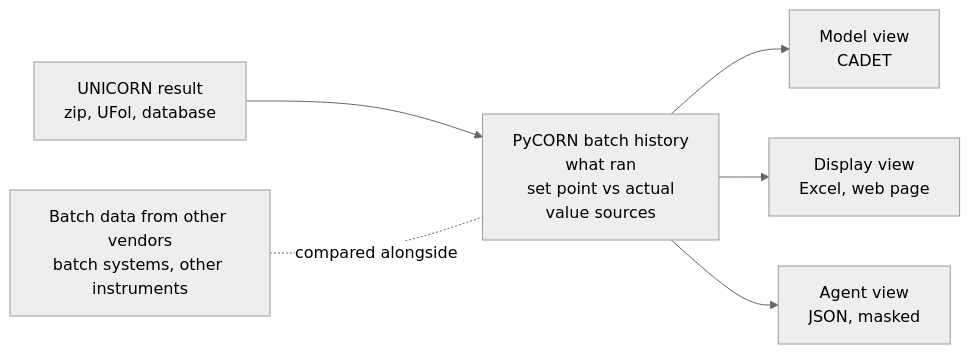
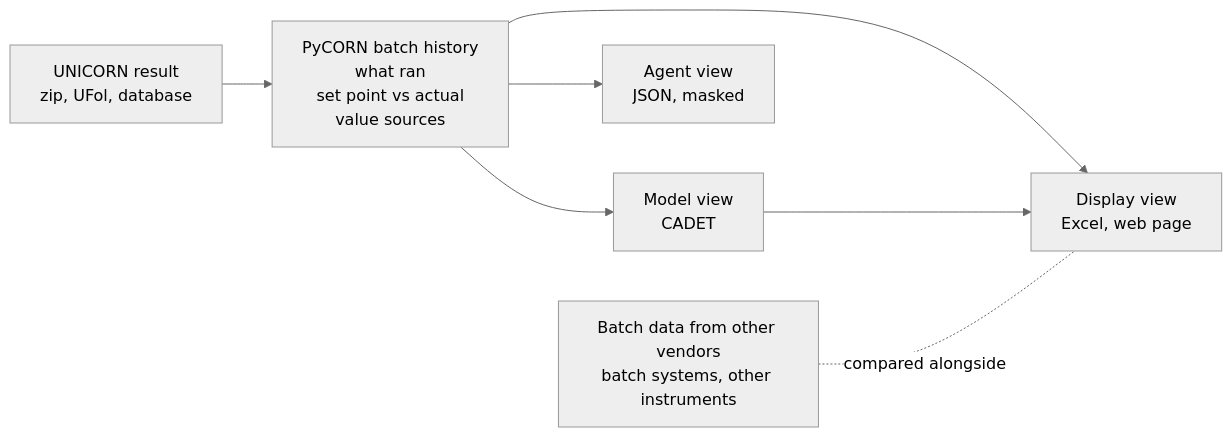
One commit to traylosj/PyCORN changed the first of 12 diagrams in docs/RUN_STRUCTURE_RECORD.md. Above: the diagram before and after it, drawn with Mermaid (neutral theme). The commit also changed other lines of this file, not shown here.

First line of the commit message:
Run record proposal: buffer provenance, components, offline volumes

````diff
--- a/docs/RUN_STRUCTURE_RECORD.md
+++ b/docs/RUN_STRUCTURE_RECORD.md
@@ -59,8 +59,9 @@
 ```mermaid
 flowchart LR
     files["UNICORN result<br/>zip, UFol, database"] --> record["PyCORN batch history<br/>what ran<br/>set point vs actual<br/>value sources"]
-    others["Batch data from other vendors<br/>batch systems, other instruments"] -. compared alongside .- record
     record --> model["Model view<br/>CADET"]
     record --> display["Display view<br/>Excel, web page"]
     record --> json["Agent view<br/>JSON, masked"]
+    model --> display
+    others["Batch data from other vendors<br/>batch systems, other instruments"] -. compared alongside .- display
 ```
````
